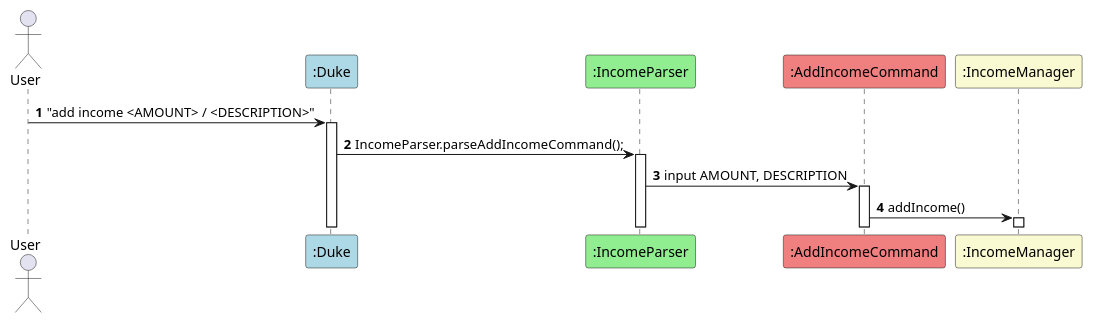
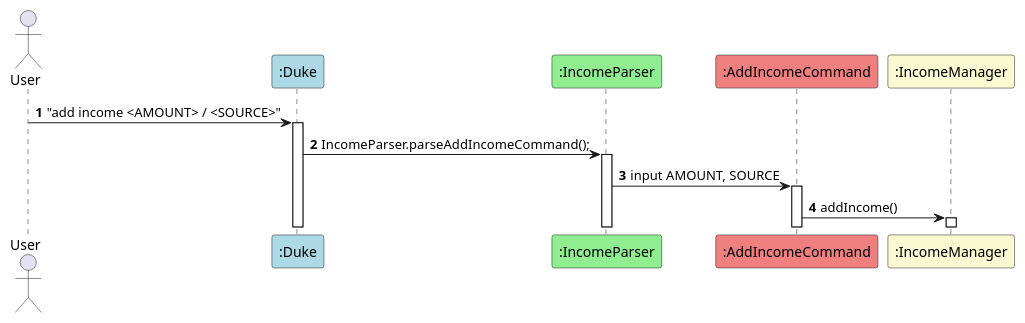
The diagram in docs/puml/AddIncome.puml (xiaojielei/tp), drawn with PlantUML before and after one commit. The commit also changed 8 other files, not shown here.

Commit message:
Edited UML diagrams and edited minor changes to docs

```diff
--- a/docs/puml/AddIncome.puml
+++ b/docs/puml/AddIncome.puml
@@ -1,22 +1,22 @@
 @startuml
 'https://plantuml.com/sequence-diagram
 actor User
 participant ":Duke" as Duke #LightBlue
 participant ":IncomeParser" as IncomeParser #LightGreen
 participant ":AddIncomeCommand" as AddIncomeCommand #LightCoral
 participant ":IncomeManager" as IncomeManager #LightGoldenRodYellow
 autonumber
 
-User -> Duke: "add income <AMOUNT> / <DESCRIPTION>"
+User -> Duke: "add income <AMOUNT> / <SOURCE>"
 activate Duke
 
 Duke -> IncomeParser: IncomeParser.parseAddIncomeCommand();
 activate IncomeParser
 
-IncomeParser -> AddIncomeCommand: input AMOUNT, DESCRIPTION
+IncomeParser -> AddIncomeCommand: input AMOUNT, SOURCE
 activate AddIncomeCommand
 
 AddIncomeCommand -> IncomeManager: addIncome()
 activate IncomeManager
 
 @enduml
```
